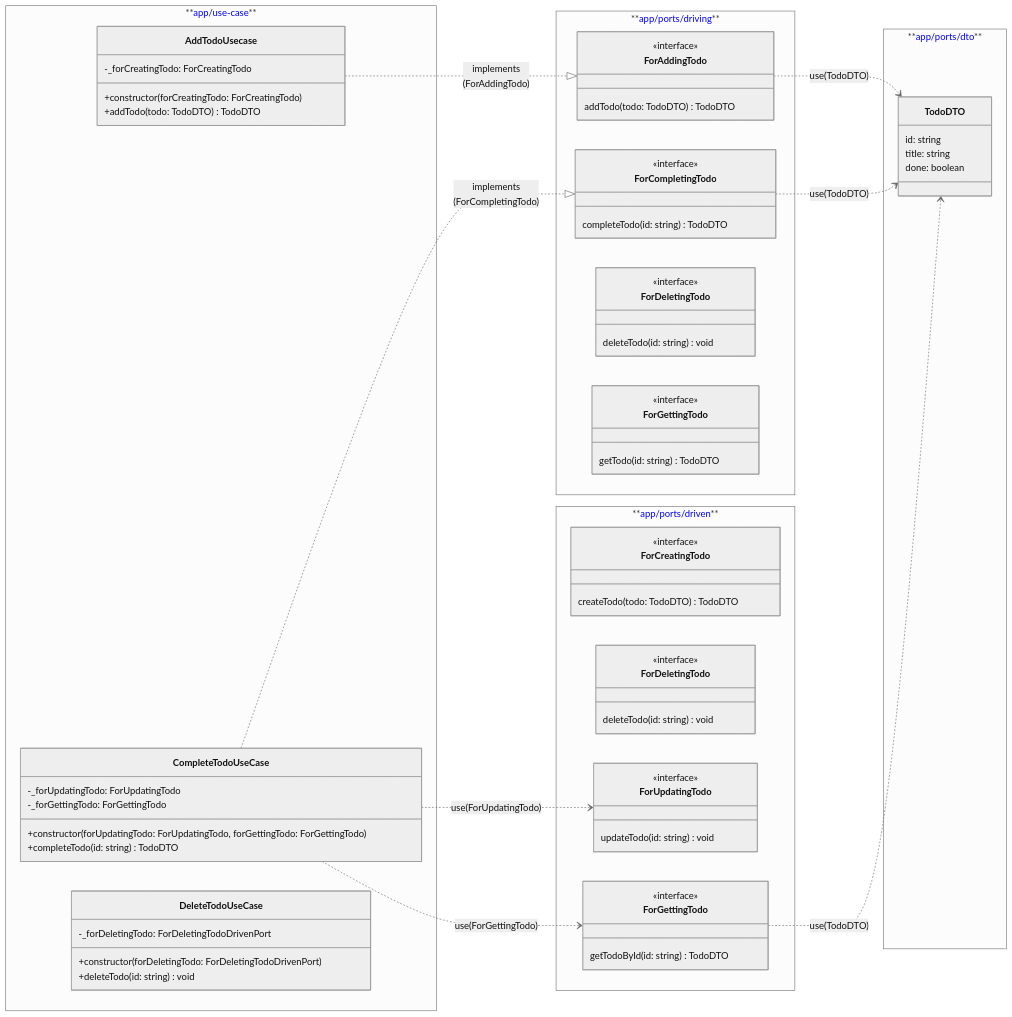
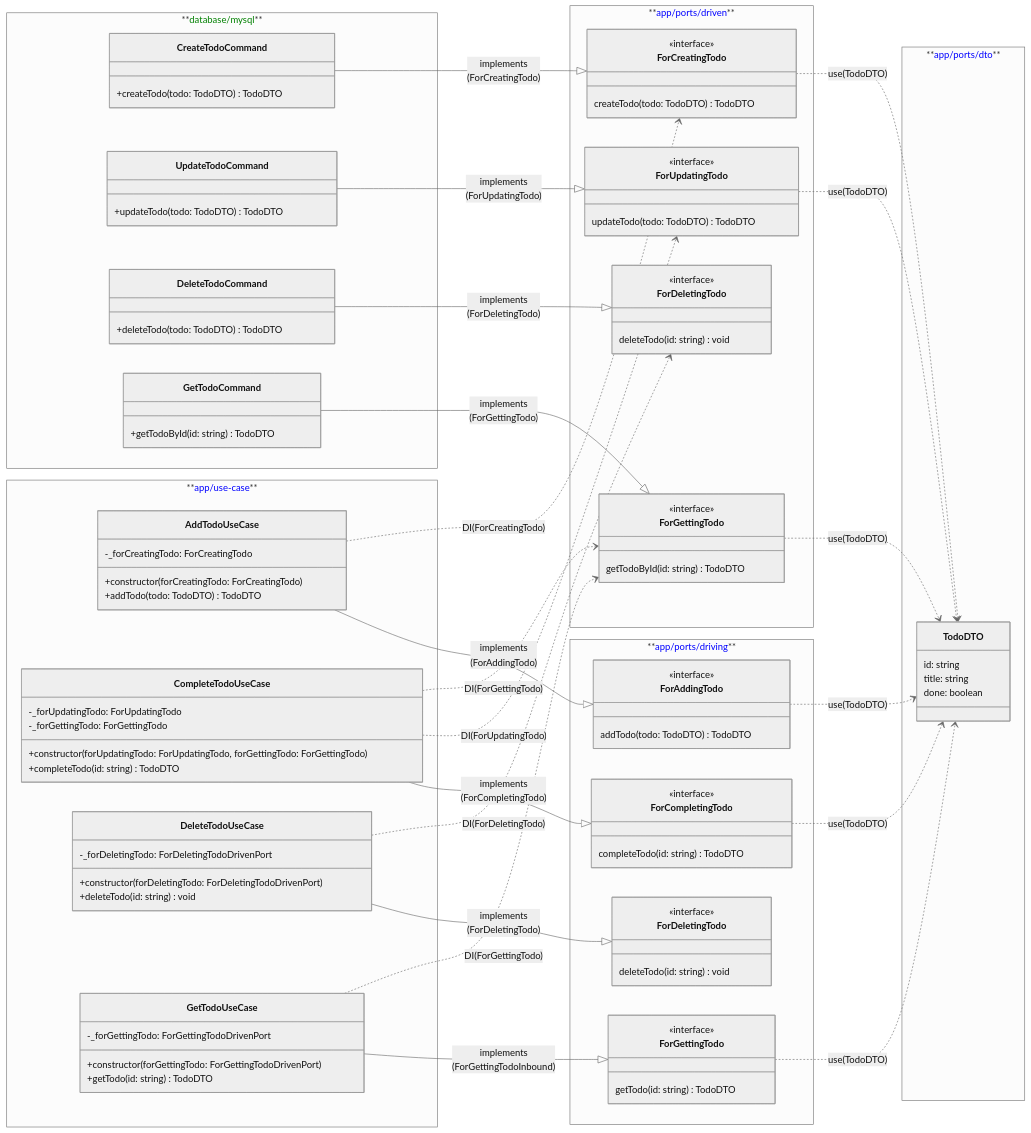
Before and after one commit to kinmapping/alpha-market-engine: the second of 2 diagrams in docs/research/ports-and-adapters.md, drawn with Mermaid (neutral theme). The commit also changed other lines of this file, not shown here.

````diff
--- a/docs/research/ports-and-adapters.md
+++ b/docs/research/ports-and-adapters.md
@@ -150,7 +175,7 @@
 
     class ForUpdatingTodo {
         <<interface>>
-        updateTodo(id: string) void
+        updateTodo(todo: TodoDTO) TodoDTO
     }
 
     class ForGettingTodo {
@@ -159,12 +184,8 @@
     }
 }
 
-ForAddingTodo ..> TodoDTO: use(TodoDTO)
-ForCompletingTodoInbound ..> TodoDTO: use(TodoDTO)
-ForGettingTodo ..> TodoDTO: use(TodoDTO)
-
 namespace `**<span style="color:blue">app/use-case</span>**` {
-    class AddTodoUsecase {
+    class AddTodoUseCase {
         -_forCreatingTodo: ForCreatingTodo
         +constructor(forCreatingTodo: ForCreatingTodo)
         +addTodo(todo: TodoDTO) TodoDTO
@@ -182,10 +203,52 @@
         +constructor(forDeletingTodo: ForDeletingTodoDrivenPort)
         +deleteTodo(id: string) void
     }
+
+    class GetTodoUseCase {
+        -_forGettingTodo: ForGettingTodoDrivenPort
+        +constructor(forGettingTodo: ForGettingTodoDrivenPort)
+        +getTodo(id: string) TodoDTO
+    }
 }
 
-AddTodoUsecase ..|> ForAddingTodo : implements<br>(ForAddingTodo)
-CompleteTodoUseCase ..|> ForCompletingTodoInbound : implements<br>(ForCompletingTodo)
-CompleteTodoUseCase ..> ForUpdatingTodo: use(ForUpdatingTodo)
-CompleteTodoUseCase ..> ForGettingTodo: use(ForGettingTodo)
+namespace `**<span style="color:green">database/mysql</span>**` {
+    class CreateTodoCommand {
+        +createTodo(todo: TodoDTO) TodoDTO
+    }
+    class UpdateTodoCommand {
+        +updateTodo(todo: TodoDTO) TodoDTO
+    }
+    class DeleteTodoCommand {
+        +deleteTodo(todo: TodoDTO) TodoDTO
+    }
+    class GetTodoCommand {
+        +getTodoById(id: string) TodoDTO
+    }
+}
+
+%% relation
+%% use TodoDTO
+ForAddingTodo ..> TodoDTO: use(TodoDTO)
+ForCompletingTodoInbound ..> TodoDTO: use(TodoDTO)
+ForGettingTodoInbound ..> TodoDTO: use(TodoDTO)
+ForCreatingTodo ..> TodoDTO: use(TodoDTO)
+ForUpdatingTodo ..> TodoDTO: use(TodoDTO)
+ForGettingTodo ..> TodoDTO: use(TodoDTO)
+
+%% inbound direction
+AddTodoUseCase --|> ForAddingTodo : implements<br>(ForAddingTodo)
+AddTodoUseCase ..> ForCreatingTodo: DI(ForCreatingTodo)
+CompleteTodoUseCase --|> ForCompletingTodoInbound : implements<br>(ForCompletingTodo)
+CompleteTodoUseCase ..> ForUpdatingTodo: DI(ForUpdatingTodo)
+CompleteTodoUseCase ..> ForGettingTodo: DI(ForGettingTodo)
+DeleteTodoUseCase --|> ForDeletingTodoInbound : implements<br>(ForDeletingTodo)
+DeleteTodoUseCase ..> ForDeletingTodo: DI(ForDeletingTodo)
+GetTodoUseCase --|> ForGettingTodoInbound : implements<br>(ForGettingTodoInbound)
+GetTodoUseCase ..> ForGettingTodo: DI(ForGettingTodo)
+
+%% outbound direction
+CreateTodoCommand --|> ForCreatingTodo : implements<br>(ForCreatingTodo)
+UpdateTodoCommand --|> ForUpdatingTodo : implements<br>(ForUpdatingTodo)
+DeleteTodoCommand --|> ForDeletingTodo : implements<br>(ForDeletingTodo)
+GetTodoCommand --|> ForGettingTodo : implements<br>(ForGettingTodo)
 ```
````
